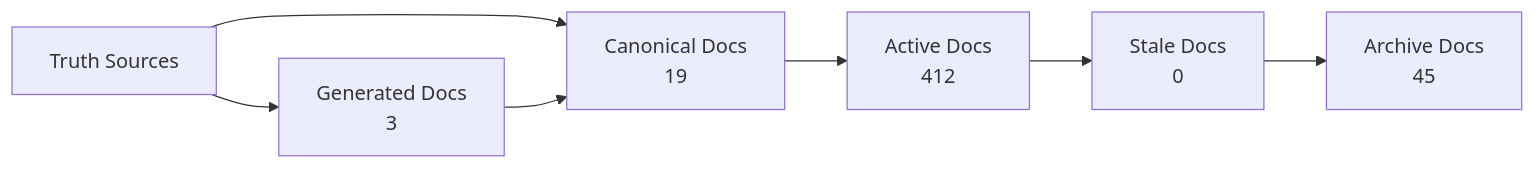
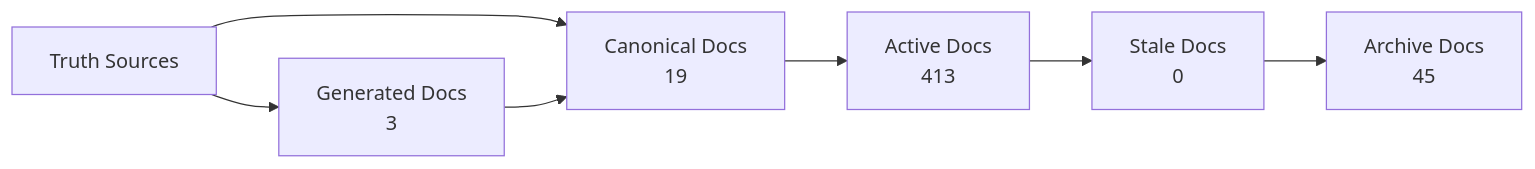
One commit to Latimer-Woods-Tech/Factory changed the diagram in docs/_generated/docs-trust-map.md. Above: the diagram before and after it, drawn with Mermaid. The commit also changed other lines of this file and 6 other files, not shown here.

````diff
--- a/docs/_generated/docs-trust-map.md
+++ b/docs/_generated/docs-trust-map.md
@@ -20,14 +20,14 @@
 ```mermaid
 flowchart LR
   truth["Truth Sources"] --> canonical["Canonical Docs"]
   canonical --> active["Active Docs"]
   active --> stale["Stale Docs"]
   stale --> archive["Archive Docs"]
   canonical["Canonical Docs\n19"]
-  active["Active Docs\n412"]
+  active["Active Docs\n413"]
   stale["Stale Docs\n0"]
   archive["Archive Docs\n45"]
   generated["Generated Docs\n3"]
   truth --> generated
   generated --> canonical
 ```
````
